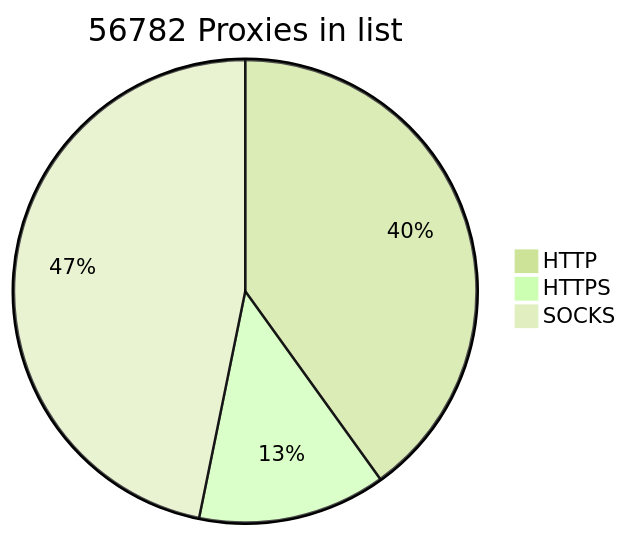
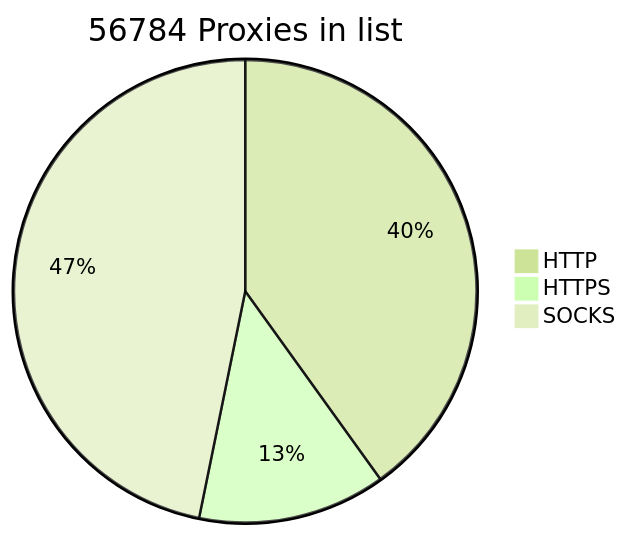
One commit to BlackSnowDot/proxylist-update-every-minute changed the diagram in README.md. Above: the diagram before and after it, drawn with Mermaid (forest theme).

````diff
--- a/README.md
+++ b/README.md
@@ -2,6 +2,6 @@
 ```mermaid
-pie title 56782 Proxies in list
-    "HTTP" : 25596
+pie title 56784 Proxies in list
+    "HTTP" : 25597
     "HTTPS": 8374
-    "SOCKS" : 29888
+    "SOCKS" : 29889
 ```
````
